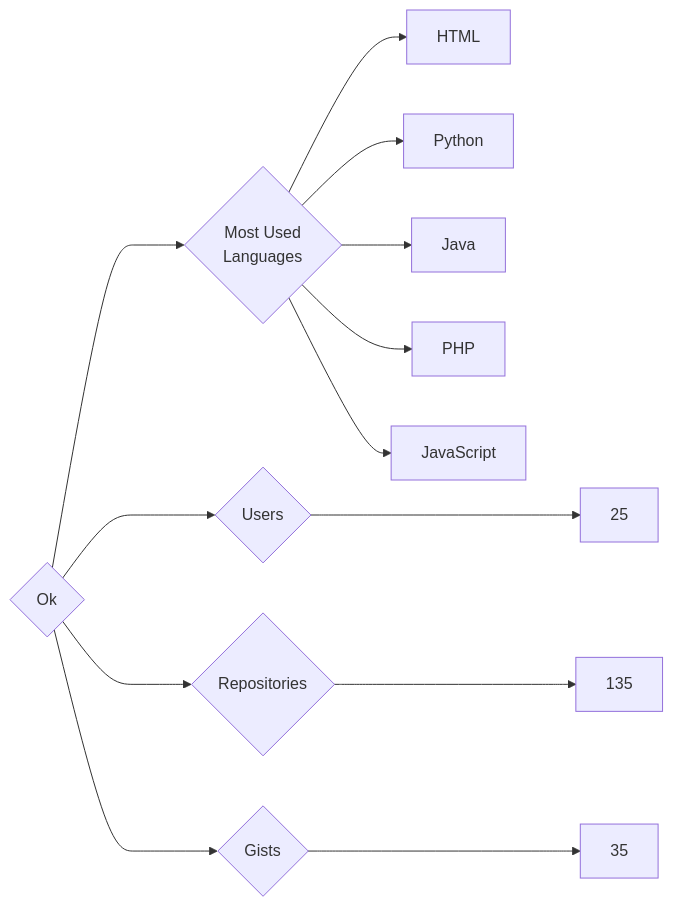
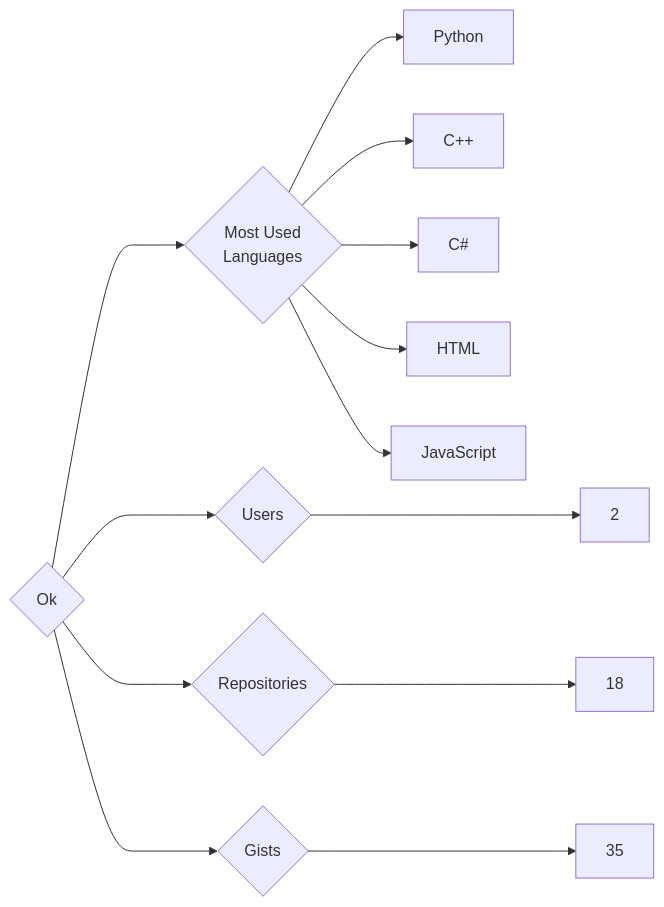
Before and after one commit to trickest/insiders: the diagram in targets/Ok/README.md, drawn with Mermaid. The commit also changed 973 other files, not shown here.

````diff
--- a/targets/Ok/README.md
+++ b/targets/Ok/README.md
@@ -3,13 +3,13 @@
 ```mermaid
 graph LR
 COMPANY_NAME{Ok}
-COMPANY_NAME ---> U{Users} ---> UN[25]
-COMPANY_NAME ---> R{Repositories} ---> RN[135]
+COMPANY_NAME ---> U{Users} ---> UN[2]
+COMPANY_NAME ---> R{Repositories} ---> RN[18]
 COMPANY_NAME ---> G{Gists} ---> GN[35]
 COMPANY_NAME ---> ML{Most Used<br>Languages}
+ML --> Python[Python]
+ML --> C++[C++]
+ML --> C#[C#]
 ML --> HTML[HTML]
-ML --> Python[Python]
-ML --> Java[Java]
-ML --> PHP[PHP]
 ML --> JavaScript[JavaScript]
 ```
````
